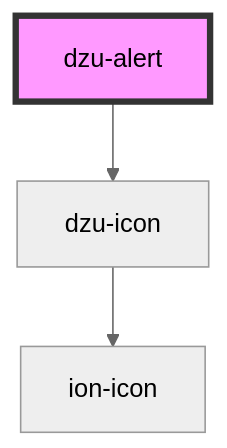
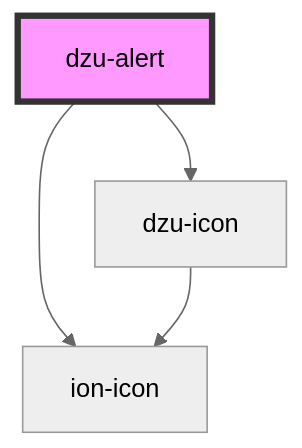
Before and after one commit to fab920/dzu-components: the diagram in src/components/dzu-alert/readme.md, drawn with Mermaid (neutral theme). The commit also changed other lines of this file and 1688 other files, not shown here.

````diff
--- a/src/components/dzu-alert/readme.md
+++ b/src/components/dzu-alert/readme.md
@@ -33,6 +34,7 @@
 ```mermaid
 graph TD;
   dzu-alert --> dzu-icon
+  dzu-alert --> ion-icon
   dzu-icon --> ion-icon
   style dzu-alert fill:#f9f,stroke:#333,stroke-width:4px
 ```
````
